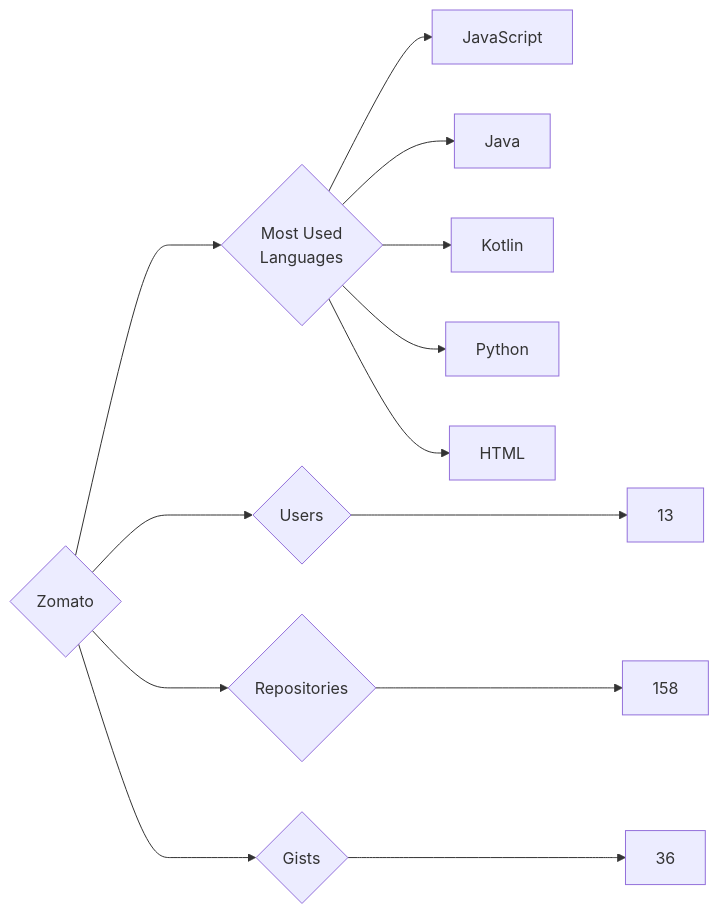
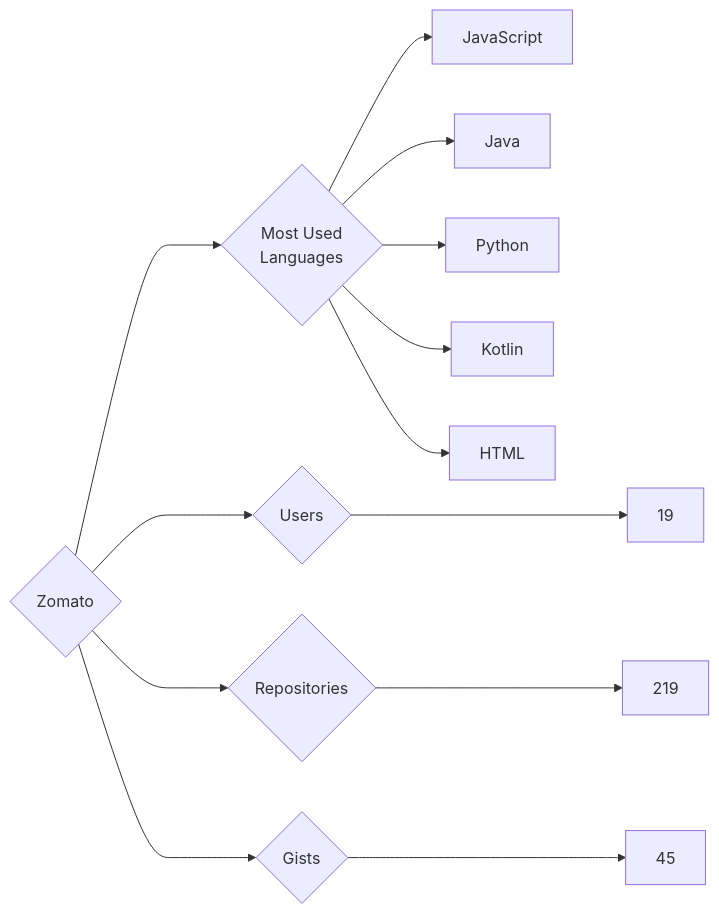
One commit to trickest/insiders changed the diagram in targets/Zomato/README.md. Above: the diagram before and after it, drawn with Mermaid. The commit also changed 1508 other files, not shown here.

````diff
--- a/targets/Zomato/README.md
+++ b/targets/Zomato/README.md
@@ -3,13 +3,13 @@
 ```mermaid
 graph LR
 COMPANY_NAME{Zomato}
-COMPANY_NAME ---> U{Users} ---> UN[13]
-COMPANY_NAME ---> R{Repositories} ---> RN[158]
-COMPANY_NAME ---> G{Gists} ---> GN[36]
+COMPANY_NAME ---> U{Users} ---> UN[19]
+COMPANY_NAME ---> R{Repositories} ---> RN[219]
+COMPANY_NAME ---> G{Gists} ---> GN[45]
 COMPANY_NAME ---> ML{Most Used<br>Languages}
 ML --> JavaScript[JavaScript]
 ML --> Java[Java]
+ML --> Python[Python]
 ML --> Kotlin[Kotlin]
-ML --> Python[Python]
 ML --> HTML[HTML]
 ```
````
